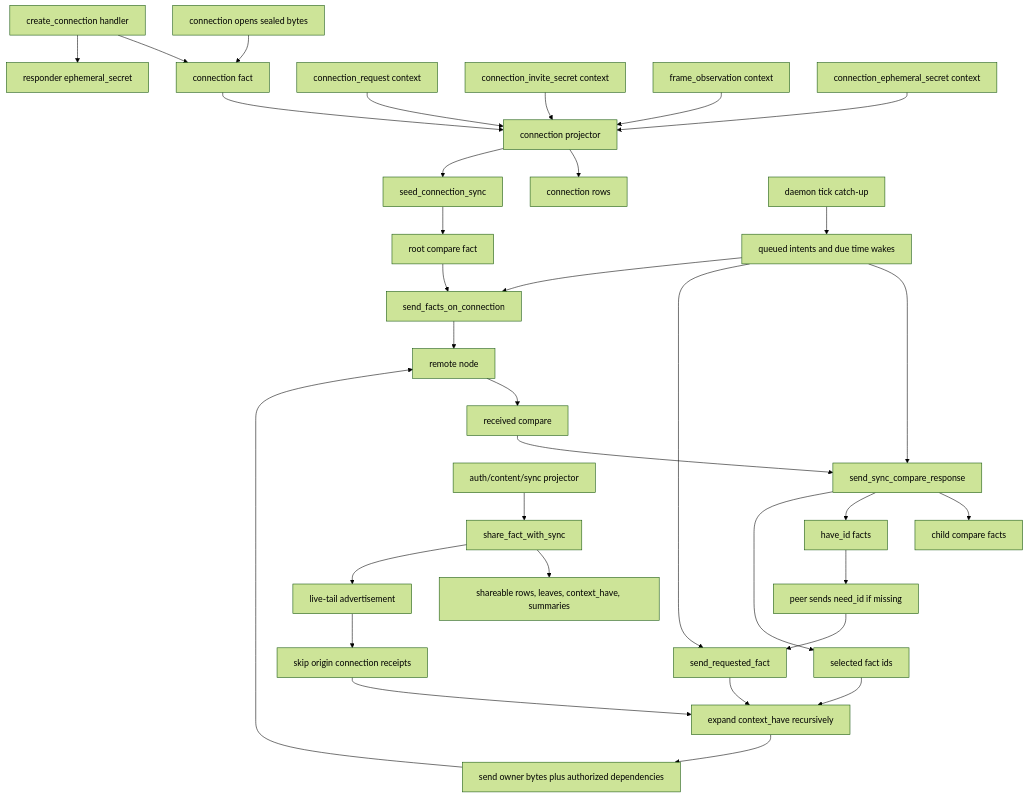
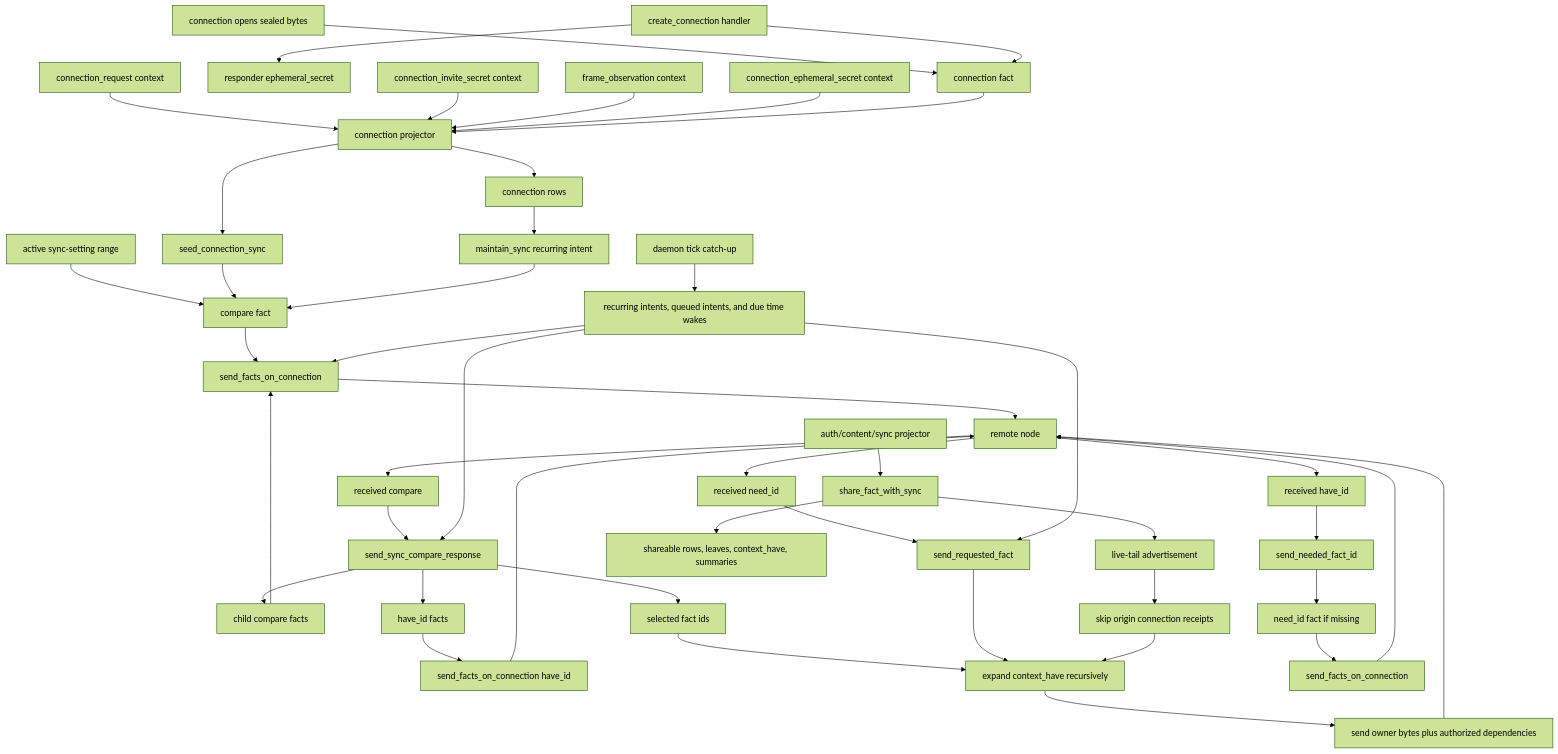
One commit to holmesworcester/poc-10 changed the fifth of 6 diagrams in ARCHITECTURE_DIAGRAMS.md. Above: the diagram before and after it, drawn with Mermaid (forest theme). The commit also changed other lines of this file and 2 other files, not shown here.

````diff
--- a/ARCHITECTURE_DIAGRAMS.md
+++ b/ARCHITECTURE_DIAGRAMS.md
@@ -211,41 +265,52 @@
 ```mermaid
 %%{init: {"flowchart": {"wrappingWidth": 340}} }%%
 flowchart TD
     BOOT_RESP["connection opens sealed bytes"] --> RESP_FACT["connection fact"]
     RESPONDER["create_connection handler"] --> RESP_FACT
     RESPONDER --> RESP_SECRET["responder ephemeral_secret"]
     REQUEST_CTX["connection_request context"] --> RESP_PROJECTOR["connection projector"]
     INVITE_CTX["connection_invite_secret context"] --> RESP_PROJECTOR
     OBS_CTX["frame_observation context"] --> RESP_PROJECTOR
     EPHEMERAL_CTX["connection_ephemeral_secret context"] --> RESP_PROJECTOR
     RESP_FACT --> RESP_PROJECTOR
     RESP_PROJECTOR --> CONNECTION_ROWS["connection rows"]
     RESP_PROJECTOR --> SEED["seed_connection_sync"]
-    SEED --> ROOT_COMPARE["root compare fact"]
-    ROOT_COMPARE --> SEND_COMPARE["send_facts_on_connection"]
+    CONNECTION_ROWS --> MAINTAIN_SYNC["maintain_sync recurring intent"]
+    SETTING["active sync-setting range"] --> RANGE_COMPARE["compare fact"]
+    SEED --> RANGE_COMPARE
+    MAINTAIN_SYNC --> RANGE_COMPARE
+    RANGE_COMPARE --> SEND_COMPARE["send_facts_on_connection"]
     SEND_COMPARE --> PEER["remote node"]
 
     PEER --> PEER_COMPARE["received compare"]
     PEER_COMPARE --> COMPARE_HANDLER["send_sync_compare_response"]
     COMPARE_HANDLER --> CHILD_COMPARE["child compare facts"]
     COMPARE_HANDLER --> HAVE["have_id facts"]
     COMPARE_HANDLER --> SELECT["selected fact ids"]
+    CHILD_COMPARE --> SEND_COMPARE
+    HAVE --> SEND_HAVE["send_facts_on_connection have_id"]
+    SEND_HAVE --> PEER
     SELECT --> EXPAND["expand context_have recursively"]
     EXPAND --> SEND_BYTES["send owner bytes plus authorized dependencies"]
     SEND_BYTES --> PEER
 
-    HAVE --> PEER_NEED["peer sends need_id if missing"]
+    PEER --> PEER_HAVE["received have_id"]
+    PEER_HAVE --> NEED_HANDLER["send_needed_fact_id"]
+    NEED_HANDLER --> NEED_FACT["need_id fact if missing"]
+    NEED_FACT --> SEND_NEED["send_facts_on_connection"]
+    SEND_NEED --> PEER
+    PEER --> PEER_NEED["received need_id"]
     PEER_NEED --> SEND_REQUESTED["send_requested_fact"]
     SEND_REQUESTED --> EXPAND
 
     OWNER_PROJECTOR["auth/content/sync projector"] --> SHARE["share_fact_with_sync"]
     SHARE --> INDEX["shareable rows, leaves, context_have, summaries"]
     SHARE --> LIVE["live-tail advertisement"]
     LIVE --> ORIGIN_FILTER["skip origin connection receipts"]
     ORIGIN_FILTER --> EXPAND
 
-    TICK["daemon tick catch-up"] --> QUEUED["queued intents and due time wakes"]
+    TICK["daemon tick catch-up"] --> QUEUED["recurring intents, queued intents, and due time wakes"]
     QUEUED --> COMPARE_HANDLER
     QUEUED --> SEND_REQUESTED
     QUEUED --> SEND_COMPARE
 ```
````
